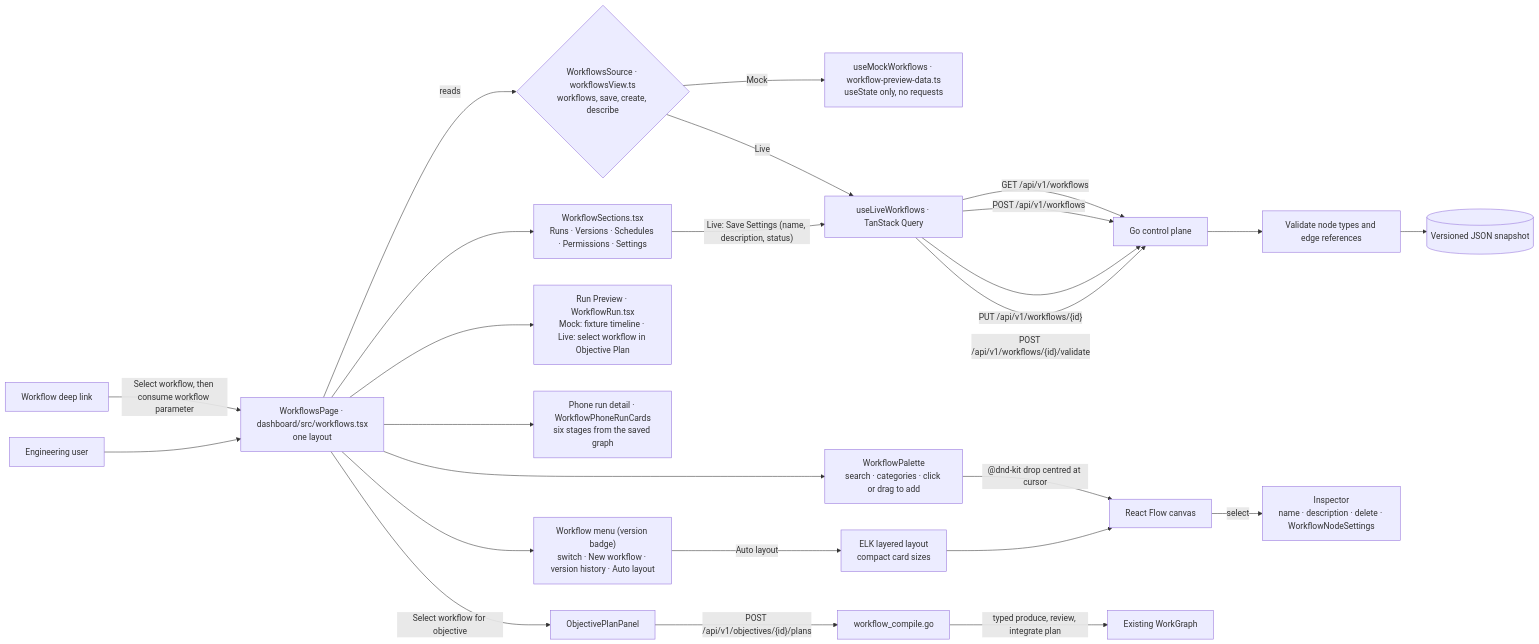
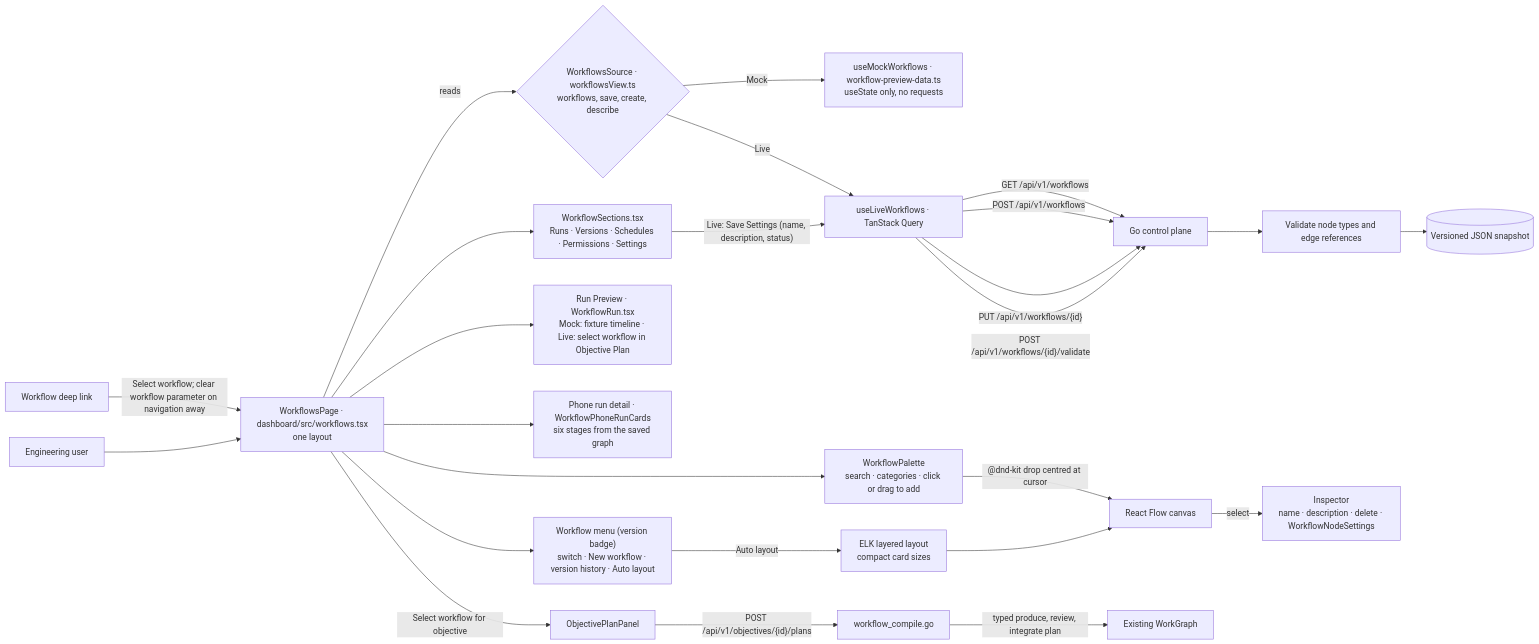
The diagram in docs/features/workflow-builder.md (bogdaniel/zenchron-engineering-os), drawn with Mermaid before and after one commit. The commit also changed 13 other files, not shown here.

Commit message:
fix(dashboard): clear one-shot queries on navigation

````diff
--- a/docs/features/workflow-builder.md
+++ b/docs/features/workflow-builder.md
@@ -15,27 +15,27 @@
 ```mermaid
 flowchart LR
-    Link["Workflow deep link"] -->|Select workflow, then consume workflow parameter| Page
+    Link["Workflow deep link"] -->|Select workflow; clear workflow parameter on navigation away| Page
     User[Engineering user] --> Page["WorkflowsPage · dashboard/src/workflows.tsx<br/>one layout"]
     Page -->|reads| Source{"WorkflowsSource · workflowsView.ts<br/>workflows, save, create, describe"}
     Source -->|Mock| Fixtures["useMockWorkflows · workflow-preview-data.ts<br/>useState only, no requests"]
     Source -->|Live| Hook["useLiveWorkflows · TanStack Query"]
     Hook -->|GET /api/v1/workflows| API[Go control plane]
     Hook -->|POST /api/v1/workflows| API
     Hook -->|"PUT /api/v1/workflows/{id}"| API
     Hook -->|"POST /api/v1/workflows/{id}/validate"| API
     API --> Validate[Validate node types and edge references]
     Validate --> Store[(Versioned JSON snapshot)]
     Page --> Menu["Workflow menu (version badge)<br/>switch · New workflow · version history · Auto layout"]
     Page --> Palette["WorkflowPalette<br/>search · categories · click or drag to add"]
     Palette -->|"@dnd-kit drop centred at cursor"| Canvas[React Flow canvas]
     Menu -->|Auto layout| ELK["ELK layered layout<br/>compact card sizes"]
     ELK --> Canvas
     Canvas -->|select| Inspector["Inspector<br/>name · description · delete · WorkflowNodeSettings"]
     Page --> RunPreview["Run Preview · WorkflowRun.tsx<br/>Mock: fixture timeline · Live: select workflow in Objective Plan"]
     Page --> Phone["Phone run detail · WorkflowPhoneRunCards<br/>six stages from the saved graph"]
     Page --> Sections["WorkflowSections.tsx<br/>Runs · Versions · Schedules · Permissions · Settings"]
     Sections -->|"Live: Save Settings (name, description, status)"| Hook
     Page -->|"Select workflow for objective"| Objective[ObjectivePlanPanel]
     Objective -->|"POST /api/v1/objectives/{id}/plans"| Compiler[workflow_compile.go]
     Compiler -->|typed produce, review, integrate plan| WorkGraph[Existing WorkGraph]
 ```
````
